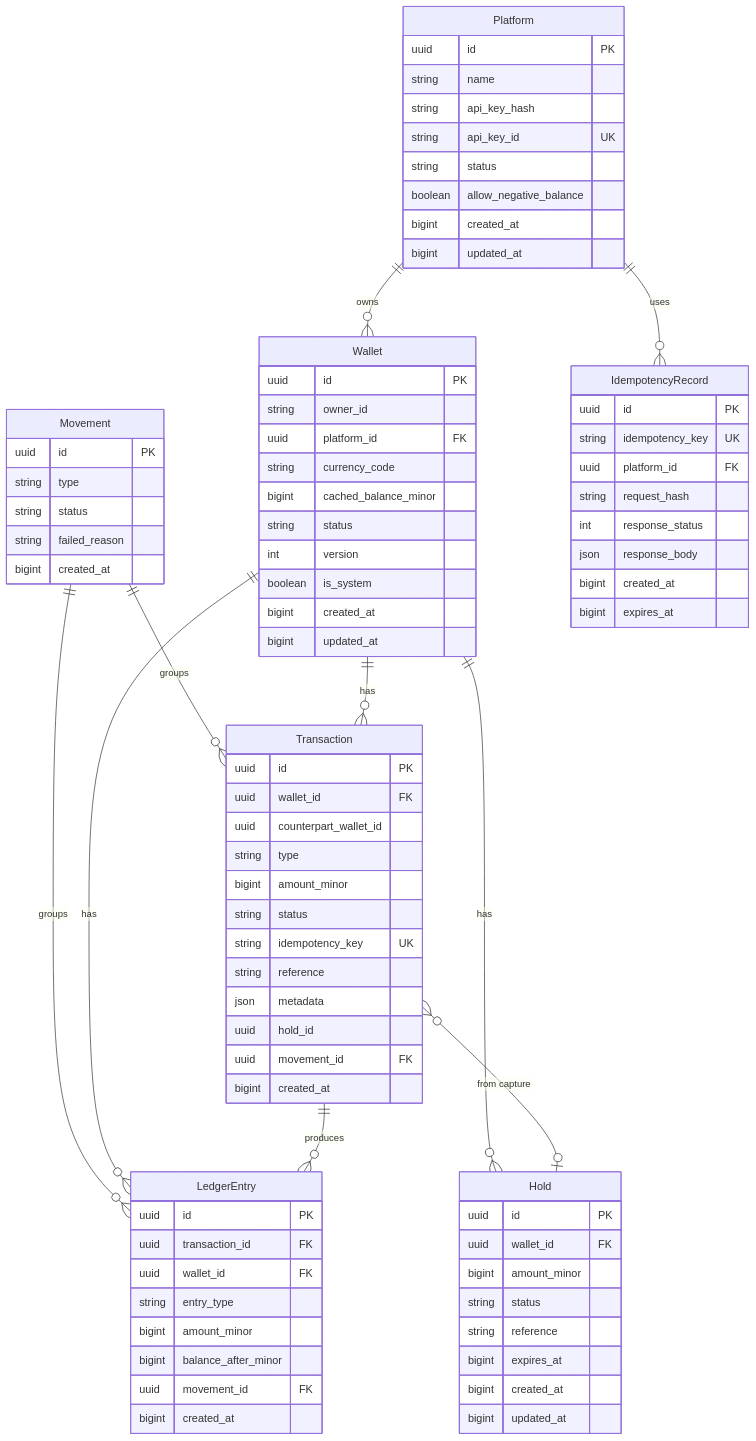
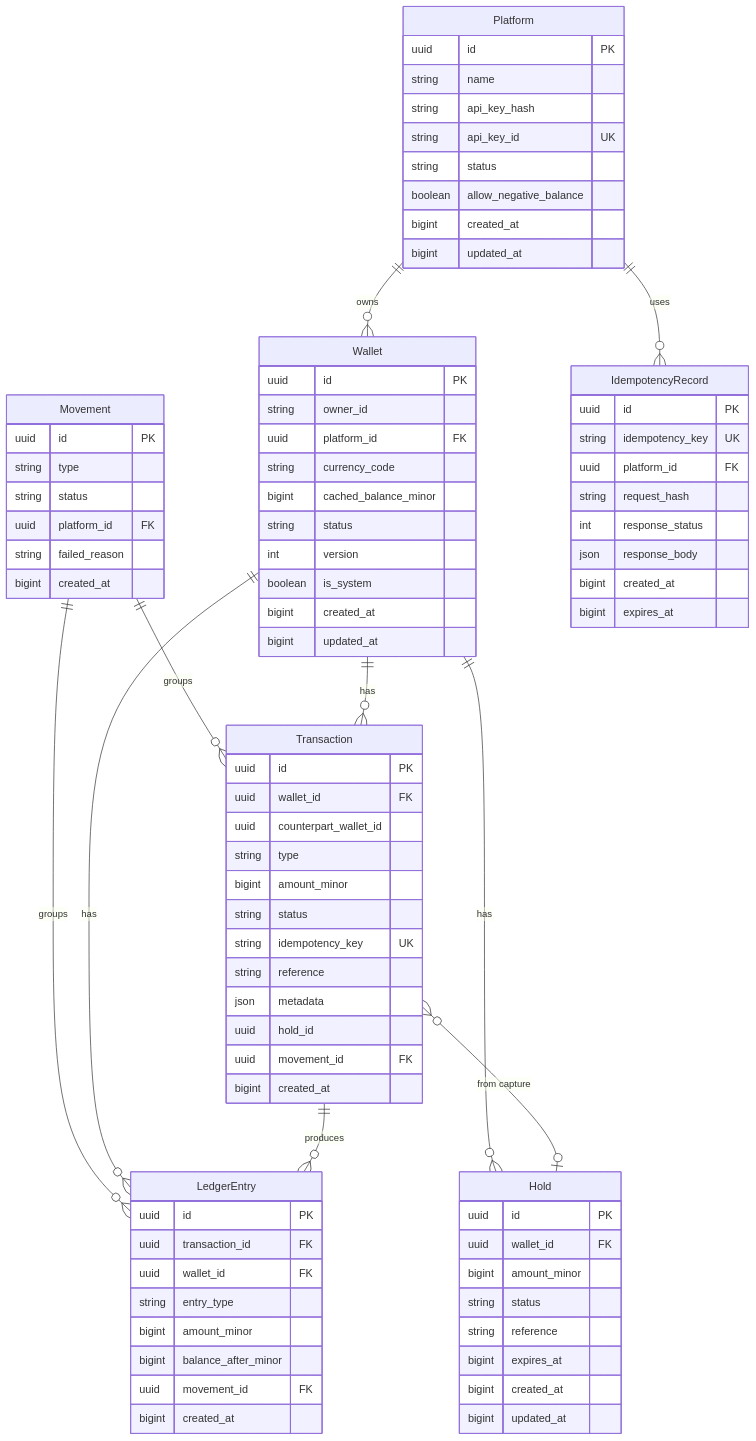
Before and after one commit to danielsamaniego/wallet: the diagram in docs/datamodel.md, drawn with Mermaid. The commit also changed other lines of this file and 16 other files, not shown here.

```diff
--- a/docs/datamodel.md
+++ b/docs/datamodel.md
@@ -22,6 +22,7 @@
         uuid id PK
         string type
         string status
+        uuid platform_id FK
         string failed_reason
         bigint created_at
     }
```
